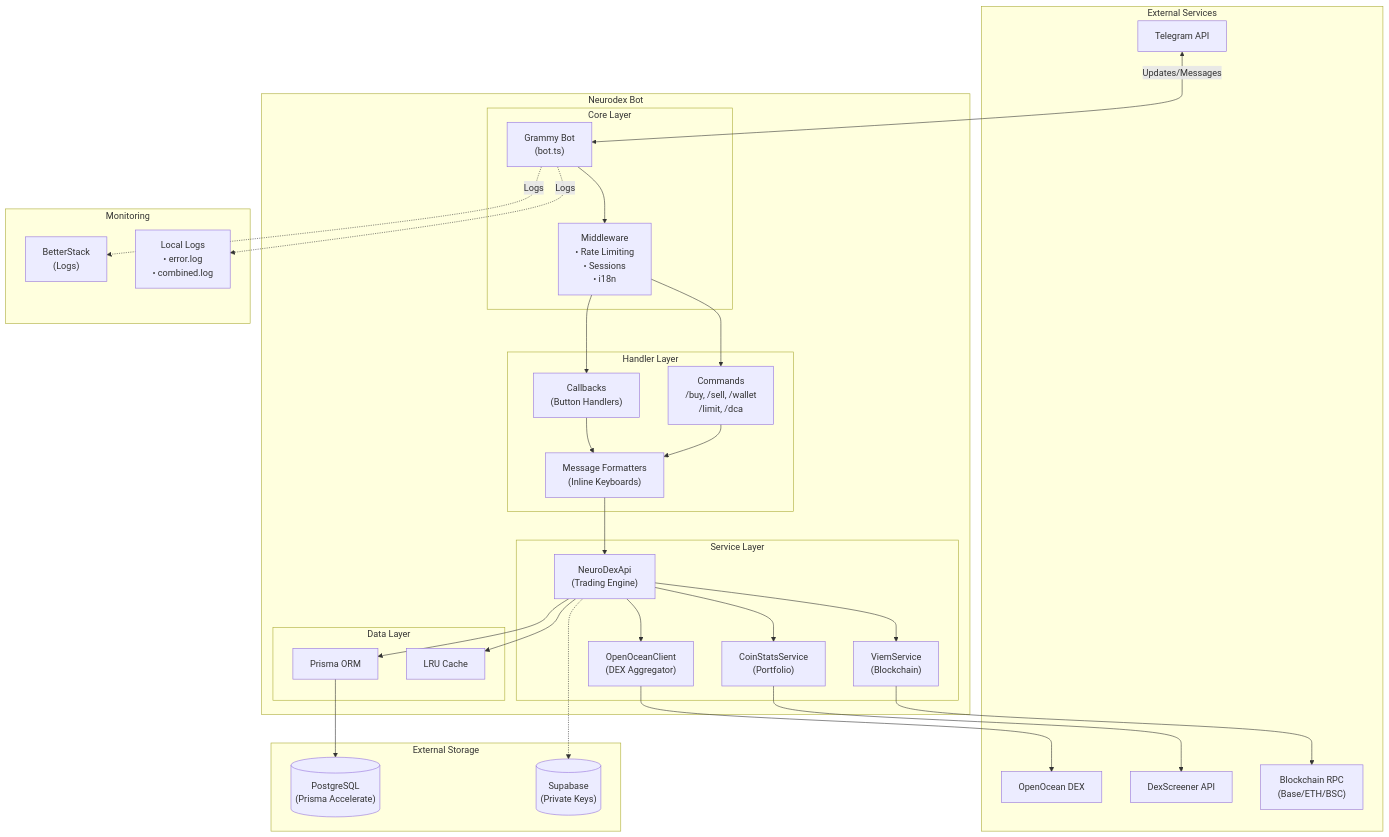
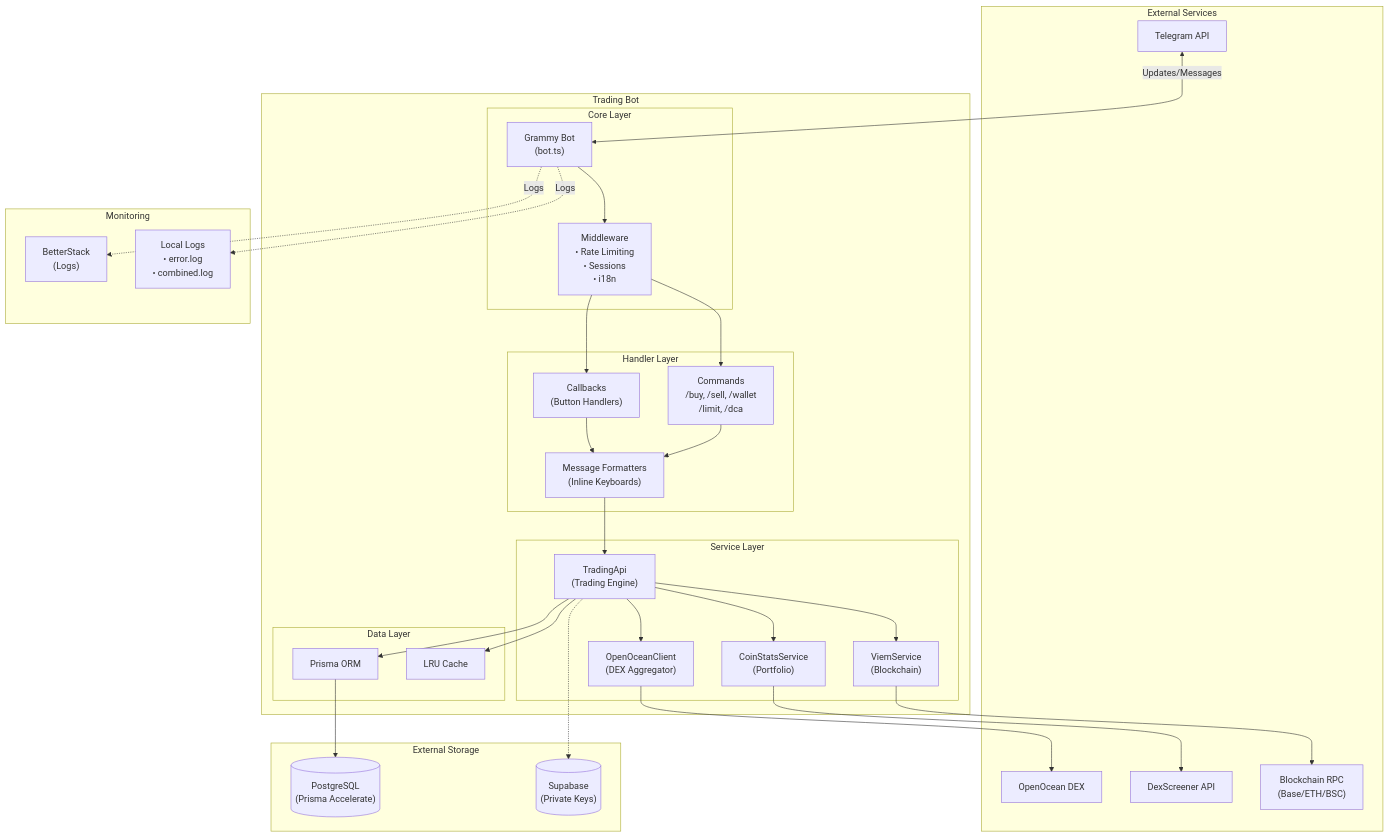
Before and after one commit to axioma-ai-labs/telegram-trading-bot: the first of 3 diagrams in docs/development.md, drawn with Mermaid. The commit also changed other lines of this file and 8 other files, not shown here.

````diff
--- a/docs/development.md
+++ b/docs/development.md
@@ -45,58 +45,58 @@
 ```mermaid
 flowchart TB
     subgraph External["External Services"]
         TG["Telegram API"]
         OO["OpenOcean DEX"]
         DS["DexScreener API"]
         RPC["Blockchain RPC\n(Base/ETH/BSC)"]
     end
 
-    subgraph Bot["Neurodex Bot"]
+    subgraph Bot["Trading Bot"]
         subgraph Core["Core Layer"]
             Grammy["Grammy Bot\n(bot.ts)"]
             MW["Middleware\n• Rate Limiting\n• Sessions\n• i18n"]
         end
 
         subgraph Handlers["Handler Layer"]
             CMD["Commands\n/buy, /sell, /wallet\n/limit, /dca"]
             CB["Callbacks\n(Button Handlers)"]
             MSG["Message Formatters\n(Inline Keyboards)"]
         end
 
         subgraph Services["Service Layer"]
-            NDX["NeuroDexApi\n(Trading Engine)"]
+            NDX["TradingApi\n(Trading Engine)"]
             VIEM["ViemService\n(Blockchain)"]
             OOC["OpenOceanClient\n(DEX Aggregator)"]
             CS["CoinStatsService\n(Portfolio)"]
         end
 
         subgraph Data["Data Layer"]
             PRISMA["Prisma ORM"]
             CACHE["LRU Cache"]
         end
     end
 
     subgraph Storage["External Storage"]
         PG[("PostgreSQL\n(Prisma Accelerate)")]
         SUPA[("Supabase\n(Private Keys)")]
     end
 
     subgraph Monitoring["Monitoring"]
         BS["BetterStack\n(Logs)"]
         LOGS["Local Logs\n• error.log\n• combined.log"]
     end
 
     TG <-->|Updates/Messages| Grammy
     Grammy --> MW
     MW --> CMD & CB
     CMD & CB --> MSG
     MSG --> NDX
     NDX --> VIEM & OOC & CS
     VIEM --> RPC
     OOC --> OO
     CS --> DS
     NDX --> PRISMA & CACHE
     PRISMA --> PG
     NDX -.-> SUPA
     Grammy -.->|Logs| BS & LOGS
 ```
````
